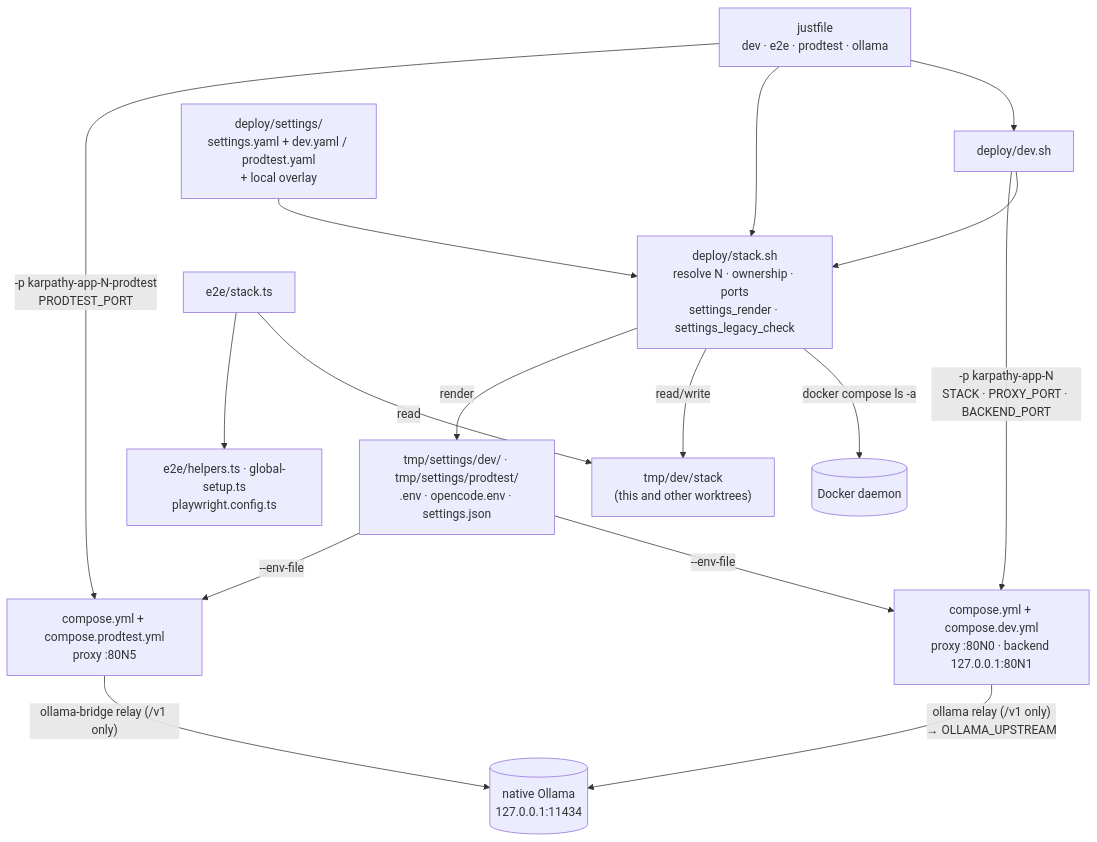
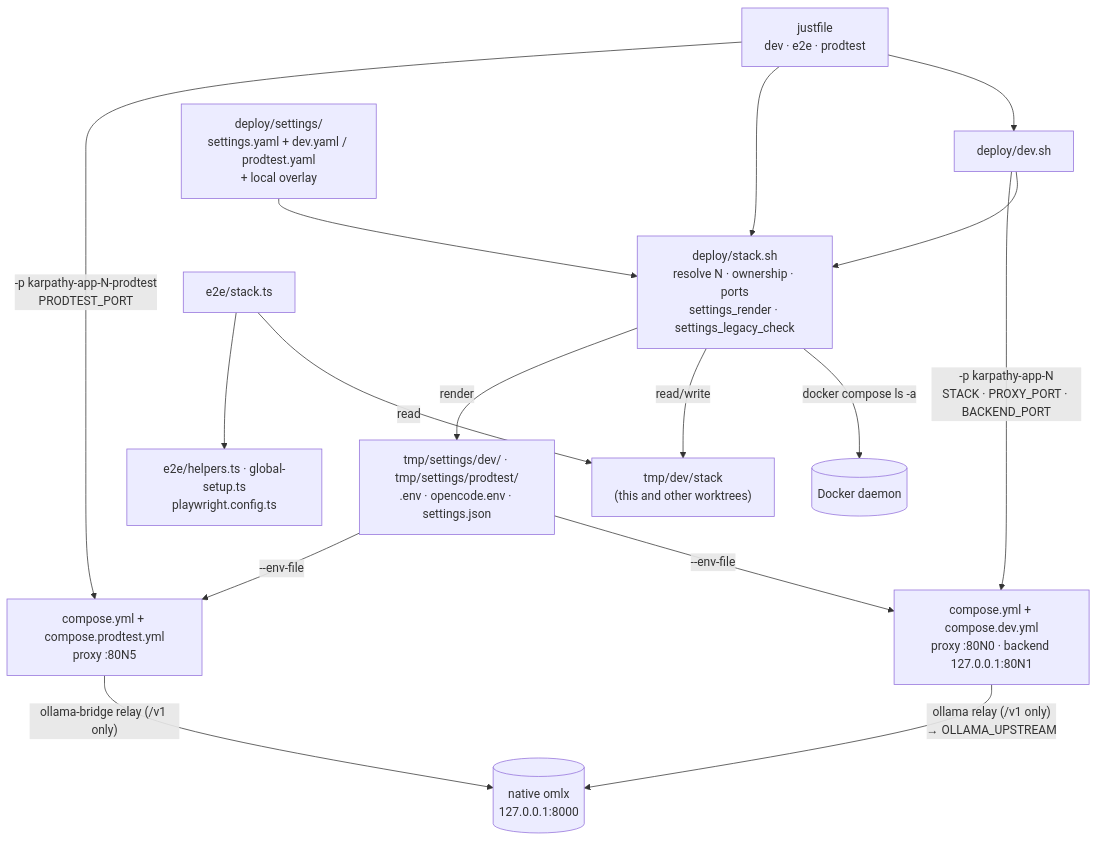
Before and after one commit to tillg/karpathy.app: diagram 21 of 22 in specs/system/architecture.md, drawn with Mermaid. The commit also changed other lines of this file and 15 other files, not shown here.

First line of the commit message:
Dev and prodtest use omlx on the Mac as the model (Qwen3-Coder-30B, Qwen3-VL-4B)

````diff
--- a/specs/system/architecture.md
+++ b/specs/system/architecture.md
@@ -1357,18 +1358,18 @@
 ```mermaid
 flowchart TD
-    J["justfile<br/>dev · e2e · prodtest · ollama"] --> D["deploy/dev.sh"]
+    J["justfile<br/>dev · e2e · prodtest"] --> D["deploy/dev.sh"]
     J --> L
     D --> L["deploy/stack.sh<br/>resolve N · ownership · ports<br/>settings_render · settings_legacy_check"]
     L -->|"docker compose ls -a"| DK[(Docker daemon)]
     L -->|"read/write"| F["tmp/dev/stack<br/>(this and other worktrees)"]
     S["deploy/settings/<br/>settings.yaml + dev.yaml / prodtest.yaml<br/>+ local overlay"] --> L
     L -->|"render"| R["tmp/settings/dev/ · tmp/settings/prodtest/<br/>.env · opencode.env · settings.json"]
     R -->|"--env-file"| C
     R -->|"--env-file"| P
     D -->|"-p karpathy-app-N<br/>STACK · PROXY_PORT · BACKEND_PORT"| C["compose.yml + compose.dev.yml<br/>proxy :80N0 · backend 127.0.0.1:80N1"]
     J -->|"-p karpathy-app-N-prodtest<br/>PRODTEST_PORT"| P["compose.yml + compose.prodtest.yml<br/>proxy :80N5"]
-    C -->|"ollama relay (/v1 only)<br/>→ OLLAMA_UPSTREAM"| OL[("native Ollama<br/>127.0.0.1:11434")]
+    C -->|"ollama relay (/v1 only)<br/>→ OLLAMA_UPSTREAM"| OL[("native omlx<br/>127.0.0.1:8000")]
     P -->|"ollama-bridge relay (/v1 only)"| OL
     E["e2e/stack.ts"] -->|"read"| F
     E --> H["e2e/helpers.ts · global-setup.ts<br/>playwright.config.ts"]
 ```
````
